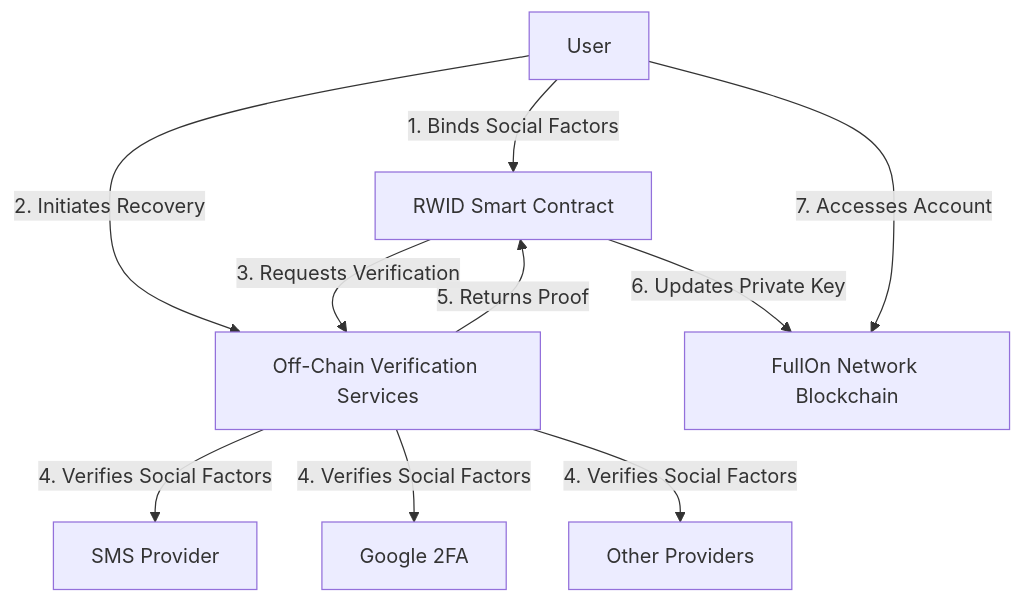
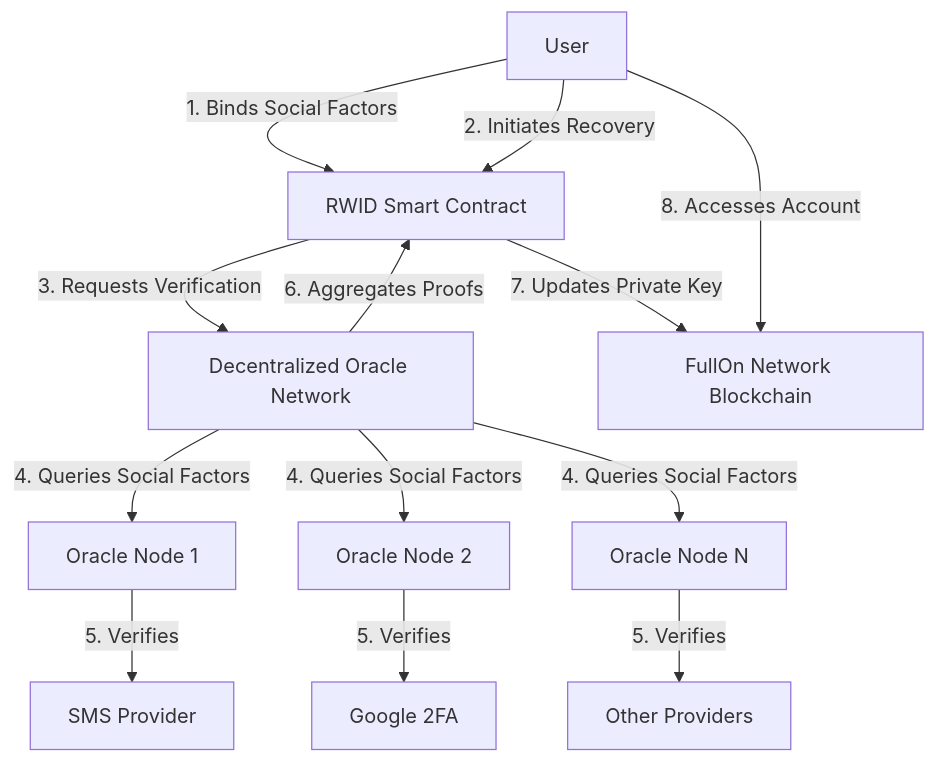
One commit to fullon-labs/flon.whitepaper changed the diagram in rwid-design.md. Above: the diagram before and after it, drawn with Mermaid. The commit also changed other lines of this file, not shown here.

````diff
--- a/rwid-design.md
+++ b/rwid-design.md
@@ -23,12 +24,15 @@
 ```mermaid
 graph TD
     A[User] -->|1. Binds Social Factors| B[RWID Smart Contract]
-    A -->|2. Initiates Recovery| C[Off-Chain Verification Services]
-    B -->|3. Requests Verification| C
-    C -->|4. Verifies Social Factors| D[SMS Provider]
-    C -->|4. Verifies Social Factors| E[Google 2FA]
-    C -->|4. Verifies Social Factors| F[Other Providers]
-    C -->|5. Returns Proof| B
-    B -->|6. Updates Private Key| G[FullOn Network Blockchain]
-    A -->|7. Accesses Account| G
+    A -->|2. Initiates Recovery| B
+    B -->|3. Requests Verification| C[Decentralized Oracle Network]
+    C -->|4. Queries Social Factors| D[Oracle Node 1]
+    C -->|4. Queries Social Factors| E[Oracle Node 2]
+    C -->|4. Queries Social Factors| F[Oracle Node N]
+    D -->|5. Verifies| G[SMS Provider]
+    E -->|5. Verifies| H[Google 2FA]
+    F -->|5. Verifies| I[Other Providers]
+    C -->|6. Aggregates Proofs| B
+    B -->|7. Updates Private Key| J[FullOn Network Blockchain]
+    A -->|8. Accesses Account| J
 ```
````
